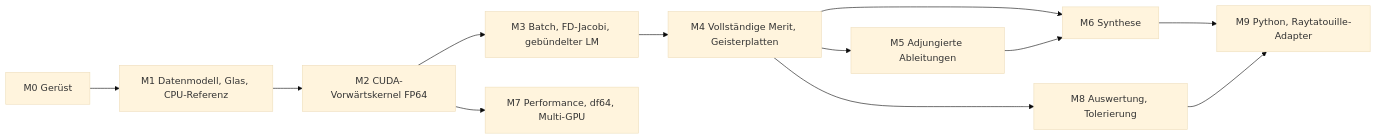
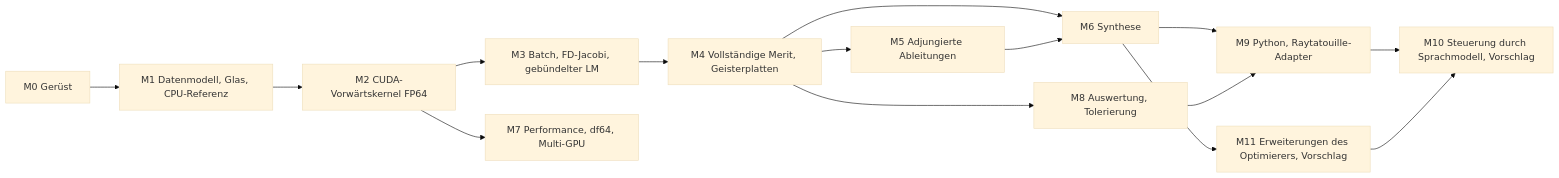
One commit to PhotonPower/Mikroptim changed the diagram in docs/plan/meilensteine.md. Above: the diagram before and after it, drawn with Mermaid (base theme). The commit also changed other lines of this file and 6 other files, not shown here.

Commit message:
M10/M11: Entwürfe Sprachmodell-Steuerung und Erweiterungen des Optimierers (nur Doku)

````diff
--- a/docs/plan/meilensteine.md
+++ b/docs/plan/meilensteine.md
@@ -7,14 +7,17 @@
 ```mermaid
 flowchart LR
     M0[M0 Gerüst] --> M1[M1 Datenmodell, Glas, CPU-Referenz]
     M1 --> M2[M2 CUDA-Vorwärtskernel FP64]
     M2 --> M3[M3 Batch, FD-Jacobi, gebündelter LM]
     M3 --> M4[M4 Vollständige Merit, Geisterplatten]
     M4 --> M5[M5 Adjungierte Ableitungen]
     M4 --> M6[M6 Synthese]
     M5 --> M6
     M2 --> M7[M7 Performance, df64, Multi-GPU]
     M4 --> M8[M8 Auswertung, Tolerierung]
     M6 --> M9[M9 Python, Raytatouille-Adapter]
     M8 --> M9
+    M6 --> M11[M11 Erweiterungen des Optimierers, Vorschlag]
+    M9 --> M10[M10 Steuerung durch Sprachmodell, Vorschlag]
+    M11 --> M10
 ```
````
